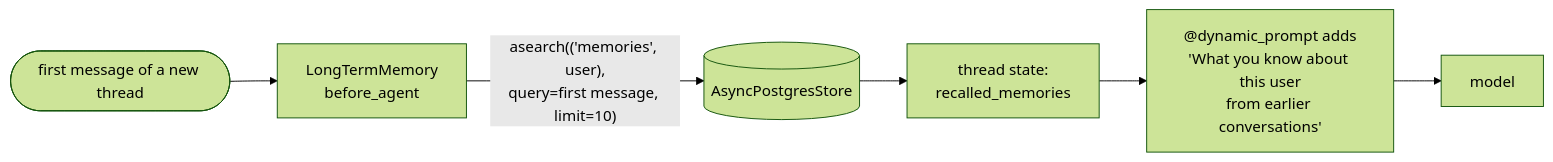
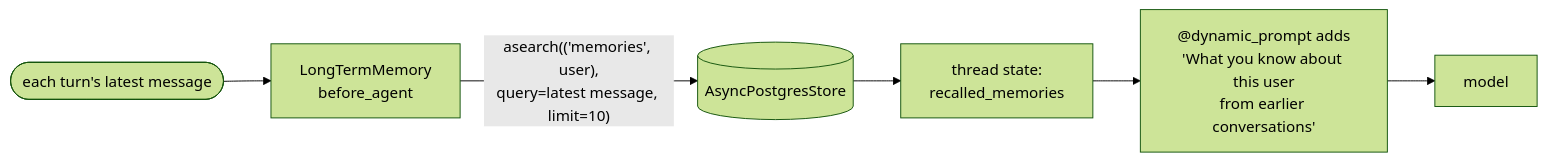
Before and after one commit to Anirudh1905/agentic-ai-chatbot: the second of 2 diagrams in docs/phase-6-long-term-memory.md, drawn with Mermaid (forest theme). The commit also changed other lines of this file and 41 other files, not shown here.

````diff
--- a/docs/phase-6-long-term-memory.md
+++ b/docs/phase-6-long-term-memory.md
@@ -61,8 +86,8 @@
 ```mermaid
 flowchart LR
-    Start([first message of a new thread]) --> LTM["LongTermMemory<br/>before_agent"]
-    LTM -->|"asearch(('memories', user),<br/>query=first message, limit=10)"| St[(AsyncPostgresStore)]
+    Turn([each turn's latest message]) --> LTM["LongTermMemory<br/>before_agent"]
+    LTM -->|"asearch(('memories', user),<br/>query=latest message, limit=10)"| St[(AsyncPostgresStore)]
     St --> State["thread state:<br/>recalled_memories"]
     State --> Prompt["@dynamic_prompt adds<br/>'What you know about this user<br/>from earlier conversations'"]
     Prompt --> Model[model]
 ```
````
